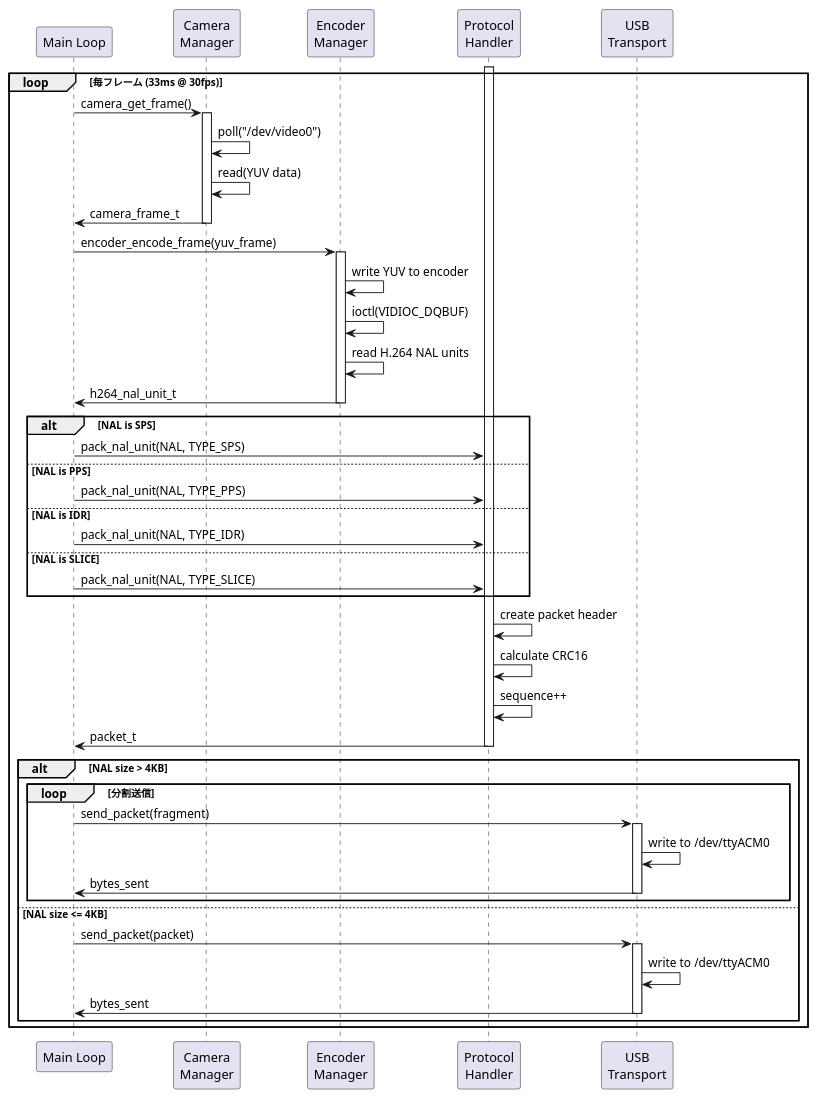
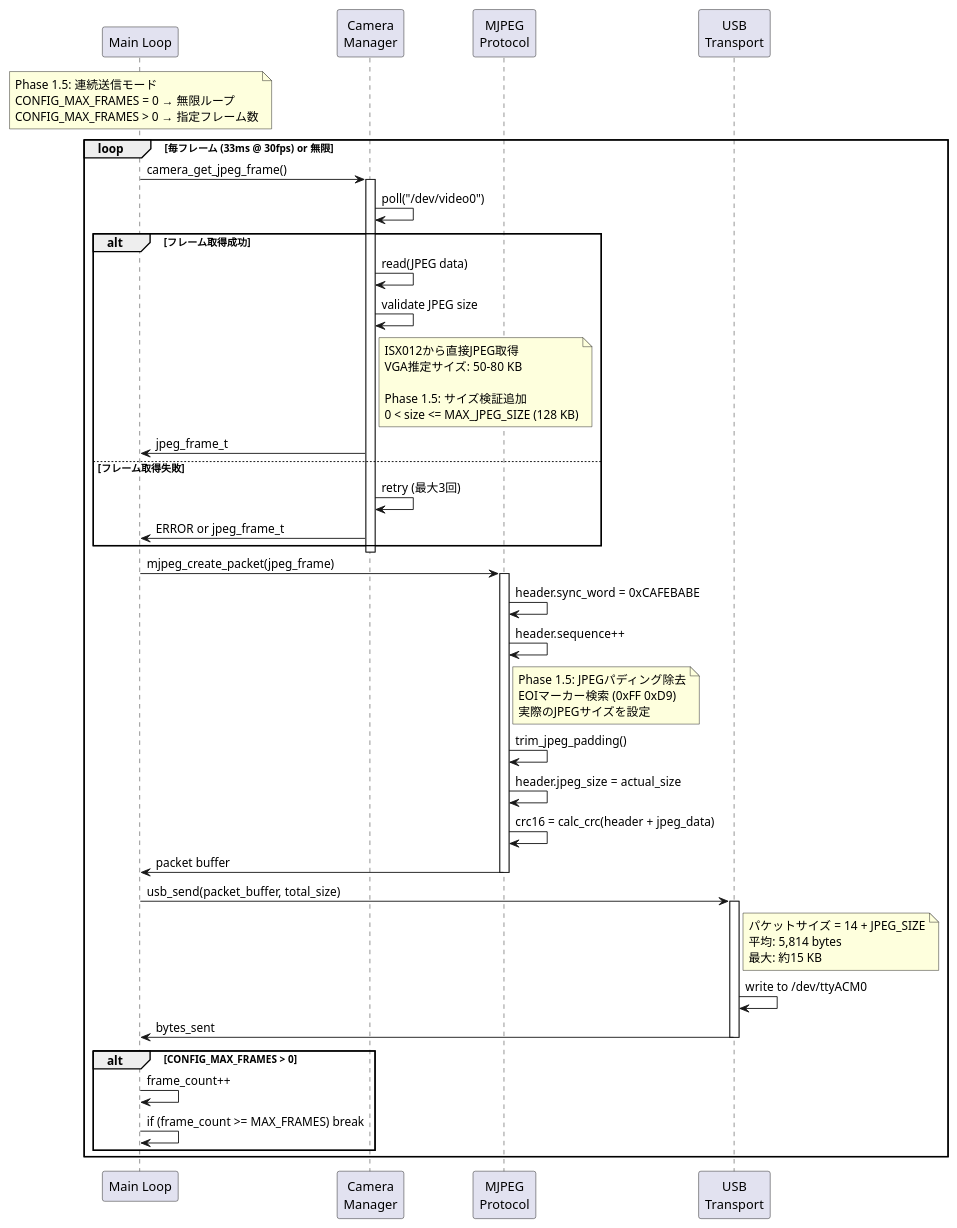
One commit to ken11111/Spr_wk changed the fifth of 7 diagrams in docs/security_camera/01_specifications/05_SOFTWARE_SPEC_SPRESENSE.md. Above: the diagram before and after it, drawn with PlantUML. The commit also changed other lines of this file and 2 other files, not shown here.

First line of the commit message:
Phase 1.5仕様書更新: VGA対応 + 安定性向上

````diff
--- a/docs/security_camera/01_specifications/05_SOFTWARE_SPEC_SPRESENSE.md
+++ b/docs/security_camera/01_specifications/05_SOFTWARE_SPEC_SPRESENSE.md
@@ -397,60 +339,70 @@
 ```plantuml
 @startuml
 participant "Main Loop" as MAIN
 participant "Camera\nManager" as CAM
-participant "Encoder\nManager" as ENC
-participant "Protocol\nHandler" as PROTO
+participant "MJPEG\nProtocol" as PROTO
 participant "USB\nTransport" as USB
 
-loop 毎フレーム (33ms @ 30fps)
-    MAIN -> CAM : camera_get_frame()
+note over MAIN
+  Phase 1.5: 連続送信モード
+  CONFIG_MAX_FRAMES = 0 → 無限ループ
+  CONFIG_MAX_FRAMES > 0 → 指定フレーム数
+end note
+
+loop 毎フレーム (33ms @ 30fps) or 無限
+    MAIN -> CAM : camera_get_jpeg_frame()
     activate CAM
     CAM -> CAM : poll("/dev/video0")
-    CAM -> CAM : read(YUV data)
-    CAM -> MAIN : camera_frame_t
+
+    alt フレーム取得成功
+        CAM -> CAM : read(JPEG data)
+        CAM -> CAM : validate JPEG size
+        note right of CAM
+          ISX012から直接JPEG取得
+          VGA推定サイズ: 50-80 KB
+
+          Phase 1.5: サイズ検証追加
+          0 < size <= MAX_JPEG_SIZE (128 KB)
+        end note
+        CAM -> MAIN : jpeg_frame_t
+    else フレーム取得失敗
+        CAM -> CAM : retry (最大3回)
+        CAM -> MAIN : ERROR or jpeg_frame_t
+    end
     deactivate CAM
 
-    MAIN -> ENC : encoder_encode_frame(yuv_frame)
-    activate ENC
-    ENC -> ENC : write YUV to encoder
-    ENC -> ENC : ioctl(VIDIOC_DQBUF)
-    ENC -> ENC : read H.264 NAL units
-    ENC -> MAIN : h264_nal_unit_t
-    deactivate ENC
+    MAIN -> PROTO : mjpeg_create_packet(jpeg_frame)
+    activate PROTO
+    PROTO -> PROTO : header.sync_word = 0xCAFEBABE
+    PROTO -> PROTO : header.sequence++
 
-    alt NAL is SPS
-        MAIN -> PROTO : pack_nal_unit(NAL, TYPE_SPS)
-    else NAL is PPS
-        MAIN -> PROTO : pack_nal_unit(NAL, TYPE_PPS)
-    else NAL is IDR
-        MAIN -> PROTO : pack_nal_unit(NAL, TYPE_IDR)
-    else NAL is SLICE
-        MAIN -> PROTO : pack_nal_unit(NAL, TYPE_SLICE)
-    end
-
-    activate PROTO
-    PROTO -> PROTO : create packet header
-    PROTO -> PROTO : calculate CRC16
-    PROTO -> PROTO : sequence++
-    PROTO -> MAIN : packet_t
+    note right of PROTO
+      Phase 1.5: JPEGパディング除去
+      EOIマーカー検索 (0xFF 0xD9)
+      実際のJPEGサイズを設定
+    end note
+    PROTO -> PROTO : trim_jpeg_padding()
+    PROTO -> PROTO : header.jpeg_size = actual_size
+    PROTO -> PROTO : crc16 = calc_crc(header + jpeg_data)
+    PROTO -> MAIN : packet buffer
     deactivate PROTO
 
-    alt NAL size > 4KB
-        loop 分割送信
-            MAIN -> USB : send_packet(fragment)
-            activate USB
-            USB -> USB : write to /dev/ttyACM0
-            USB -> MAIN : bytes_sent
-            deactivate USB
-        end
-    else NAL size <= 4KB
-        MAIN -> USB : send_packet(packet)
-        activate USB
-        USB -> USB : write to /dev/ttyACM0
-        USB -> MAIN : bytes_sent
-        deactivate USB
+    MAIN -> USB : usb_send(packet_buffer, total_size)
+    activate USB
+    note right of USB
+      パケットサイズ = 14 + JPEG_SIZE
+      平均: 5,814 bytes
+      最大: 約15 KB
+    end note
+    USB -> USB : write to /dev/ttyACM0
+    USB -> MAIN : bytes_sent
+    deactivate USB
+
+    alt CONFIG_MAX_FRAMES > 0
+        MAIN -> MAIN : frame_count++
+        MAIN -> MAIN : if (frame_count >= MAX_FRAMES) break
     end
 end
 
 @enduml
 ```
````
